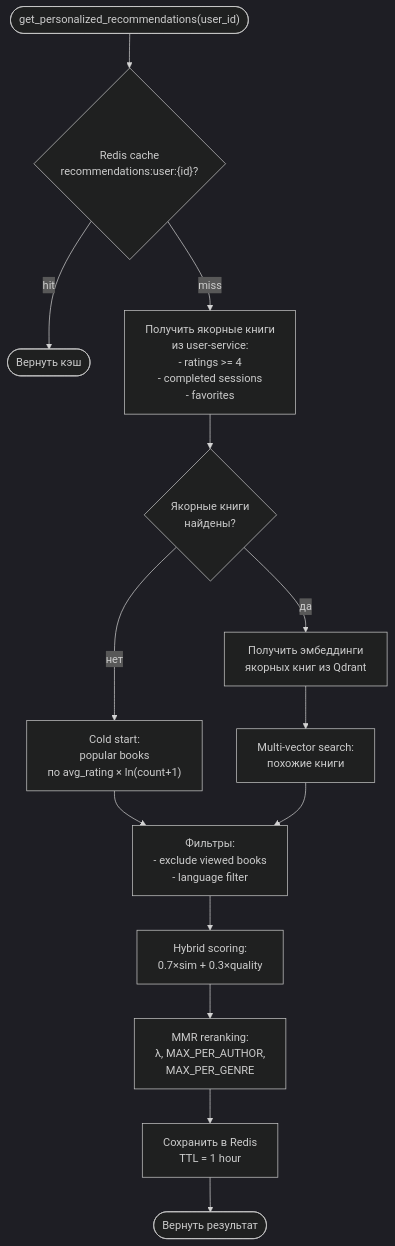
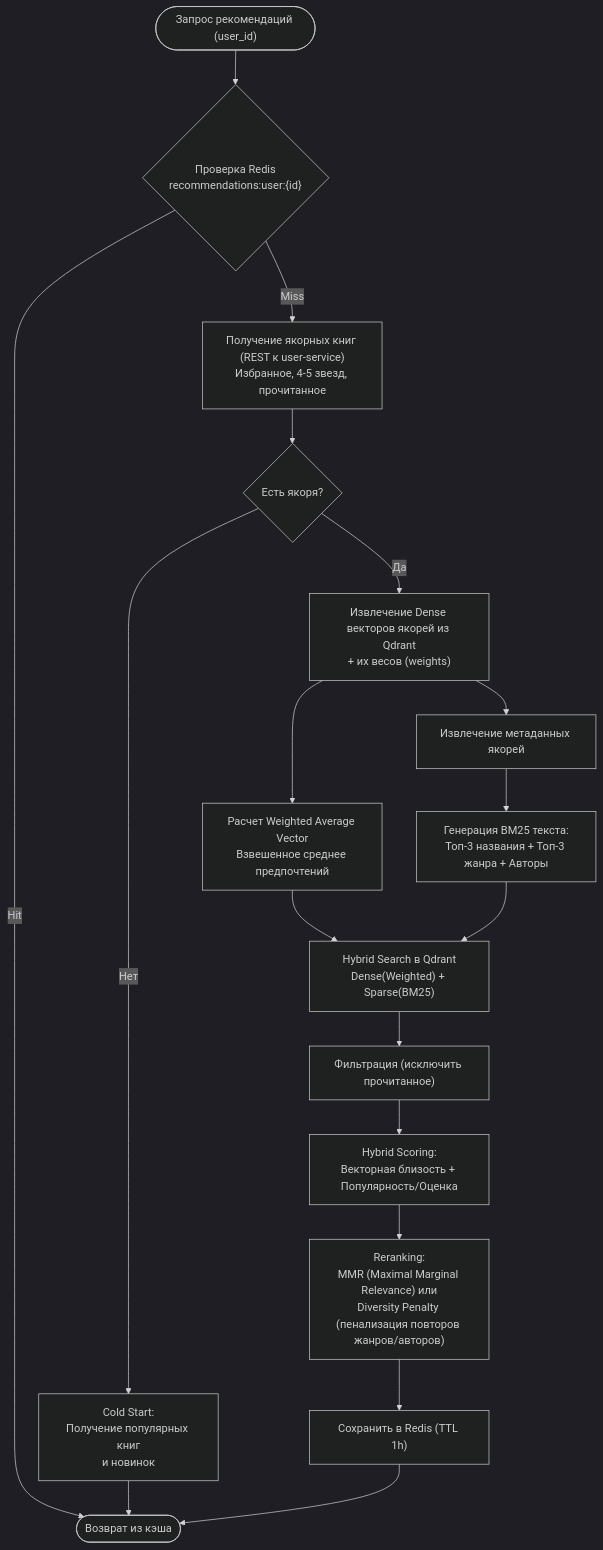
Before and after one commit to Pavel-Skibin/DigitalLibrary: the third of 3 diagrams in docs/ALGORITHMS.md, drawn with Mermaid (dark theme). The commit also changed other lines of this file and 21 other files, not shown here.

````diff
--- a/docs/ALGORITHMS.md
+++ b/docs/ALGORITHMS.md
@@ -165,16 +109,28 @@
 ```mermaid
 flowchart TD
-    START(["get_personalized_recommendations(user_id)"]) --> CACHE{"Redis cache<br/>recommendations:user:{id}?"}
-    CACHE -- hit --> RETURN(["Вернуть кэш"])
-    CACHE -- miss --> ANCHORS["Получить якорные книги<br/>из user-service:<br/>- ratings >= 4<br/>- completed sessions<br/>- favorites"]
-    ANCHORS --> HAS{"Якорные книги<br/>найдены?"}
-    HAS -- нет --> COLD["Cold start:<br/>popular books<br/>по avg_rating × ln(count+1)"]
-    HAS -- да --> EMBED["Получить эмбеддинги<br/>якорных книг из Qdrant"]
-    EMBED --> SEARCH["Multi-vector search:<br/>похожие книги"]
-    COLD --> FILTER
-    SEARCH --> FILTER["Фильтры:<br/>- exclude viewed books<br/>- language filter"]
-    FILTER --> SCORE["Hybrid scoring:<br/>0.7×sim + 0.3×quality"]
-    SCORE --> MMR["MMR reranking:<br/>λ, MAX_PER_AUTHOR,<br/>MAX_PER_GENRE"]
-    MMR --> STORE["Сохранить в Redis<br/>TTL = 1 hour"]
-    STORE --> RETURN2(["Вернуть результат"])
+    START(["Запрос рекомендаций (user_id)"]) --> CACHE{"Проверка Redis\nrecommendations:user:{id}"}
+    
+    CACHE -- Hit --> RETURN(["Возврат из кэша"])
+    CACHE -- Miss --> ANCHORS["Получение якорных книг (REST к user-service)\nИзбранное, 4-5 звезд, прочитанное"]
+    
+    ANCHORS --> CHECK_ANCHORS{"Есть якоря?"}
+    
+    CHECK_ANCHORS -- Нет --> COLD["Cold Start:\nПолучение популярных книг\nи новинок"]
+    COLD --> RETURN
+    
+    CHECK_ANCHORS -- Да --> EMBEDDINGS["Извлечение Dense векторов якорей из Qdrant\n+ их весов (weights)"]
+    EMBEDDINGS --> W_AVG["Расчет Weighted Average Vector\nВзвешенное среднее предпочтений"]
+    
+    EMBEDDINGS --> META["Извлечение метаданных якорей"]
+    META --> BM25_TXT["Генерация BM25 текста:\nТоп-3 названия + Топ-3 жанра + Авторы"]
+    
+    W_AVG & BM25_TXT --> HYBRID_SEARCH["Hybrid Search в Qdrant\nDense(Weighted) + Sparse(BM25)"]
+    HYBRID_SEARCH --> EXCLUDE["Фильтрация (исключить прочитанное)"]
+    
+    EXCLUDE --> HYBRID_SCORE["Hybrid Scoring:\nВекторная близость + Популярность/Оценка"]
+    
+    HYBRID_SCORE --> MMR["Reranking:\nMMR (Maximal Marginal Relevance) или\nDiversity Penalty (пенализация повторов жанров/авторов)"]
+    
+    MMR --> SAVE_CACHE["Сохранить в Redis (TTL 1h)"]
+    SAVE_CACHE --> RETURN
 ```
````
